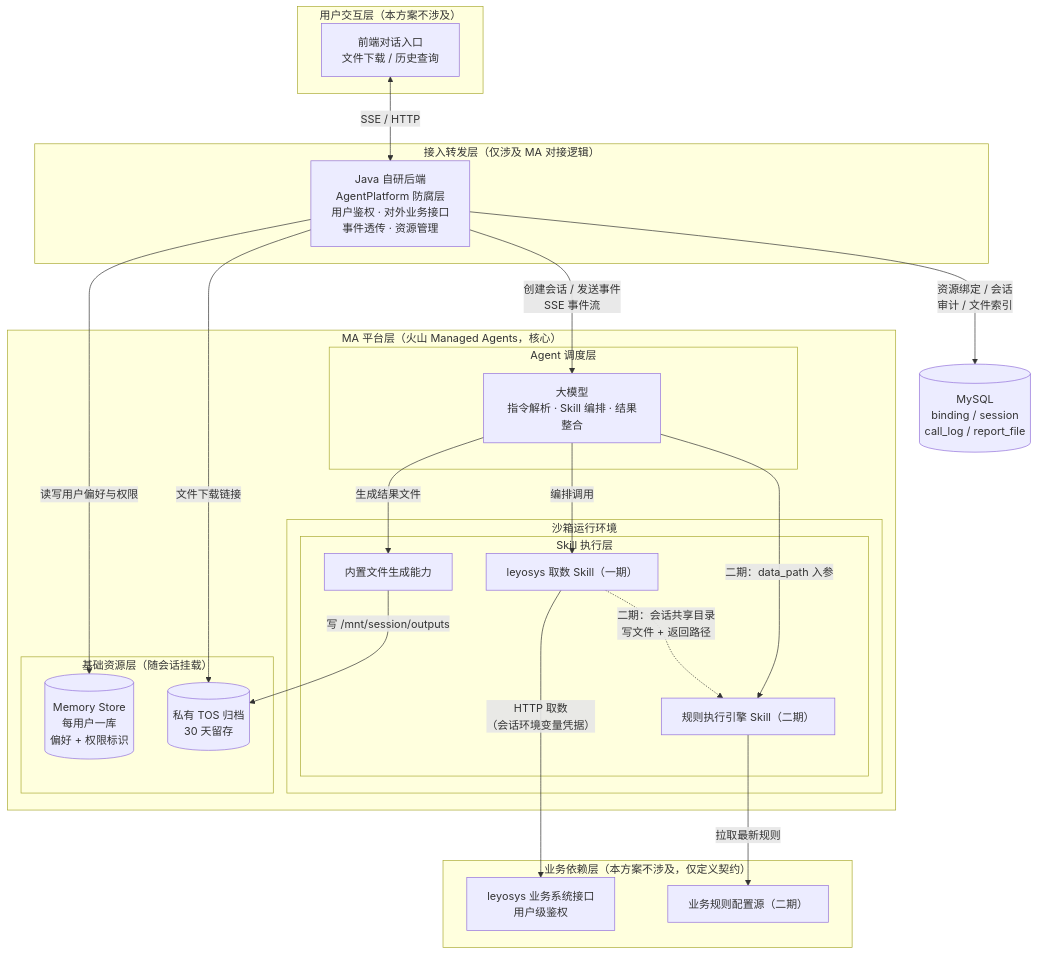
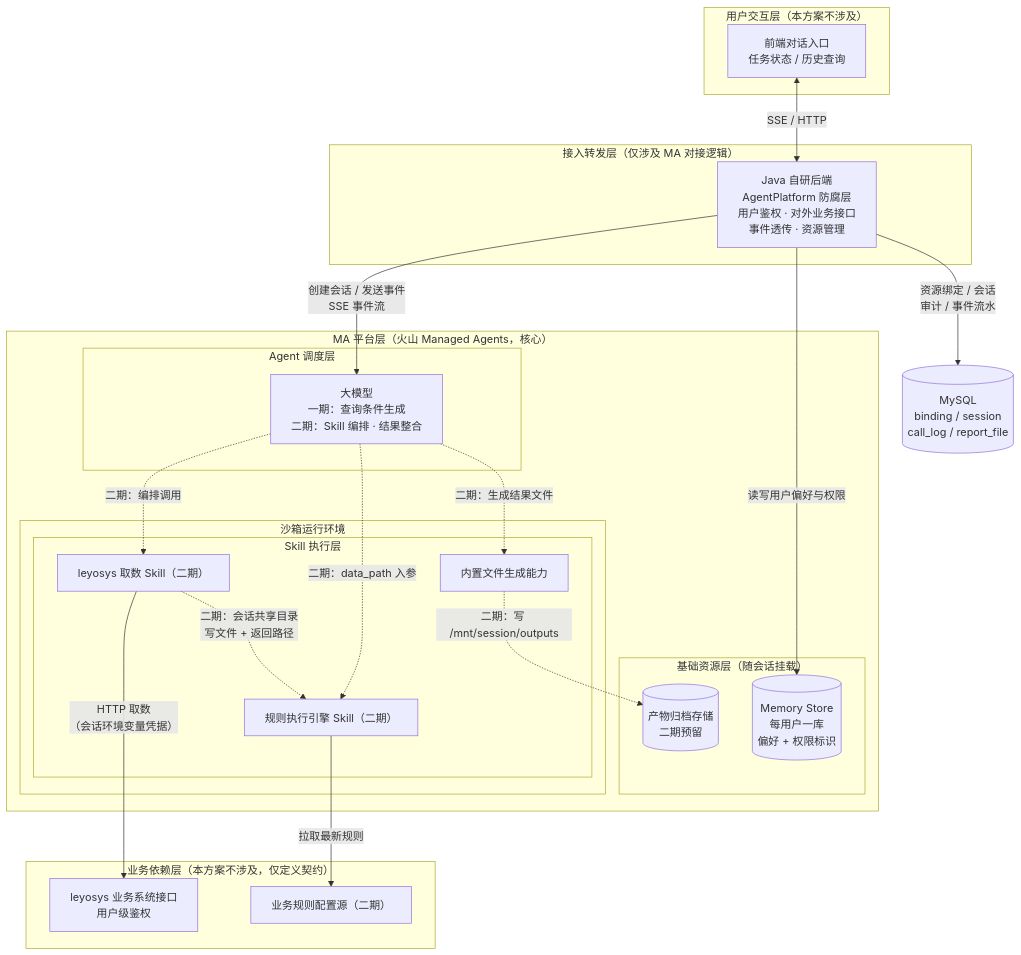
Before and after one commit to NagiZ/volcane-demo: the diagram in docs/调研文档/managed-agents-goods-analysis-design.md, drawn with Mermaid. The commit also changed other lines of this file and 4 other files, not shown here.

````diff
--- a/docs/调研文档/managed-agents-goods-analysis-design.md
+++ b/docs/调研文档/managed-agents-goods-analysis-design.md
@@ -128,49 +117,48 @@
 ```mermaid
 flowchart TB
     subgraph L1["用户交互层（本方案不涉及）"]
-        FE["前端对话入口<br/>文件下载 / 历史查询"]
+        FE["前端对话入口<br/>任务状态 / 历史查询"]
     end
 
     subgraph L2["接入转发层（仅涉及 MA 对接逻辑）"]
         JAVA["Java 自研后端<br/>AgentPlatform 防腐层<br/>用户鉴权 · 对外业务接口<br/>事件透传 · 资源管理"]
     end
 
     subgraph L3["MA 平台层（火山 Managed Agents，核心）"]
         subgraph L3A["Agent 调度层"]
-            LLM["大模型<br/>指令解析 · Skill 编排 · 结果整合"]
+            LLM["大模型<br/>一期：查询条件生成<br/>二期：Skill 编排 · 结果整合"]
         end
         subgraph SBX["沙箱运行环境"]
             subgraph L3B["Skill 执行层"]
-                S1["leyosys 取数 Skill（一期）"]
+                S1["leyosys 取数 Skill（二期）"]
                 S2["规则执行引擎 Skill（二期）"]
                 FGEN["内置文件生成能力"]
             end
         end
         subgraph L3C["基础资源层（随会话挂载）"]
             MS[("Memory Store<br/>每用户一库<br/>偏好 + 权限标识")]
-            TOS[("私有 TOS 归档<br/>30 天留存")]
+            TOS[("产物归档存储<br/>二期预留")]
         end
     end
 
     subgraph L4["业务依赖层（本方案不涉及，仅定义契约）"]
         LEY["leyosys 业务系统接口<br/>用户级鉴权"]
         RULE["业务规则配置源（二期）"]
     end
 
     DB[("MySQL<br/>binding / session<br/>call_log / report_file")]
 
     FE <-->|"SSE / HTTP"| JAVA
     JAVA -->|"创建会话 / 发送事件<br/>SSE 事件流"| LLM
     JAVA -->|"读写用户偏好与权限"| MS
-    JAVA -->|"资源绑定 / 会话<br/>审计 / 文件索引"| DB
-    JAVA -->|"文件下载链接"| TOS
-    LLM -->|"编排调用"| S1
-    LLM -->|"二期：data_path 入参"| S2
-    LLM -->|"生成结果文件"| FGEN
+    JAVA -->|"资源绑定 / 会话<br/>审计 / 事件流水"| DB
+    LLM -.->|"二期：编排调用"| S1
+    LLM -.->|"二期：data_path 入参"| S2
+    LLM -.->|"二期：生成结果文件"| FGEN
 
     S1 -->|"HTTP 取数<br/>（会话环境变量凭据）"| LEY
     S2 -->|"拉取最新规则"| RULE
-    FGEN -->|"写 /mnt/session/outputs"| TOS
+    FGEN -.->|"二期：写 /mnt/session/outputs"| TOS
 
     S1 -.->|"二期：会话共享目录<br/>写文件 + 返回路径"| S2
 ```
````
